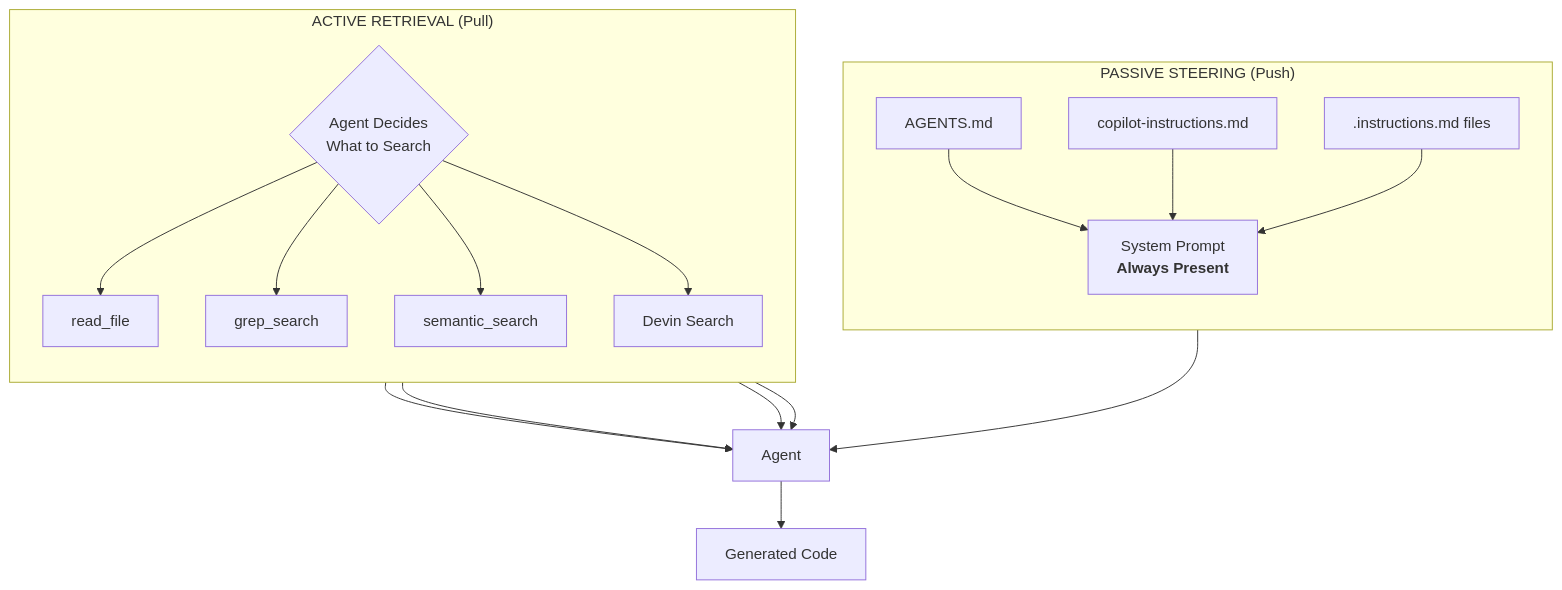
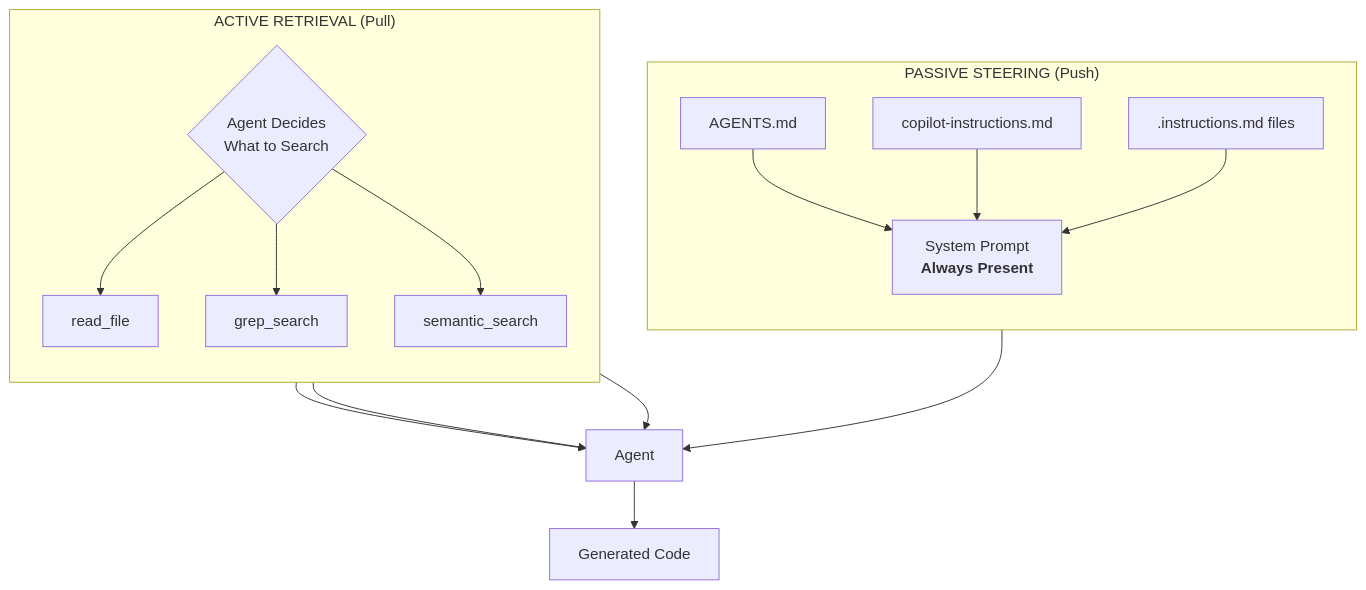
The seventh of 23 diagrams in context-engineering-tech-talk.md (HipsterZipster/context-management-presentation), drawn with Mermaid before and after one commit. The commit also changed other lines of this file and 50 other files, not shown here.

````diff
--- a/context-engineering-tech-talk.md
+++ b/context-engineering-tech-talk.md
@@ -83,24 +188,23 @@
 ```mermaid
 graph TB
     subgraph Passive["PASSIVE STEERING (Push)"]
         direction TB
         P1["AGENTS.md"]
         P2["copilot-instructions.md"]
         P3[".instructions.md files"]
         P1 & P2 & P3 --> PS["System Prompt<br/><b>Always Present</b>"]
     end
 
     subgraph Active["ACTIVE RETRIEVAL (Pull)"]
         direction TB
         A1["read_file"]
         A2["grep_search"]
         A3["semantic_search"]
-        A4["Devin Search"]
-        AD{"Agent Decides<br/>What to Search"} --> A1 & A2 & A3 & A4
+        AD{"Agent Decides<br/>What to Search"} --> A1 & A2 & A3
     end
 
     PS --> Agent["Agent"]
-    A1 & A2 & A3 & A4 --> Agent
+    A1 & A2 & A3 --> Agent
 
     Agent --> Output["Generated Code"]
 ```
````
